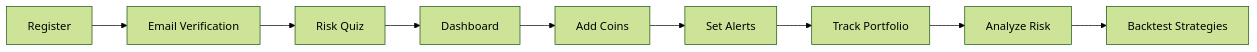
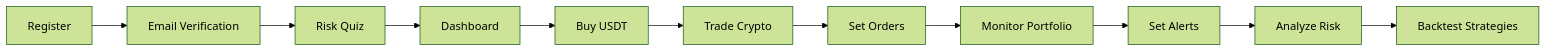
The diagram in README.md (Pranavrh53/CoinPrepSimulator), drawn with Mermaid (forest theme) before and after one commit. The commit also changed other lines of this file and 2 other files, not shown here.

````diff
--- a/README.md
+++ b/README.md
@@ -194,11 +238,13 @@
 ```mermaid
 graph LR
     A[Register] --> B[Email Verification]
     B --> C[Risk Quiz]
     C --> D[Dashboard]
-    D --> E[Add Coins]
-    E --> F[Set Alerts]
-    F --> G[Track Portfolio]
-    G --> H[Analyze Risk]
-    H --> I[Backtest Strategies]
+    D --> E[Buy USDT]
+    E --> F[Trade Crypto]
+    F --> G[Set Orders]
+    G --> H[Monitor Portfolio]
+    H --> I[Set Alerts]
+    I --> J[Analyze Risk]
+    J --> K[Backtest Strategies]
 ```
````
